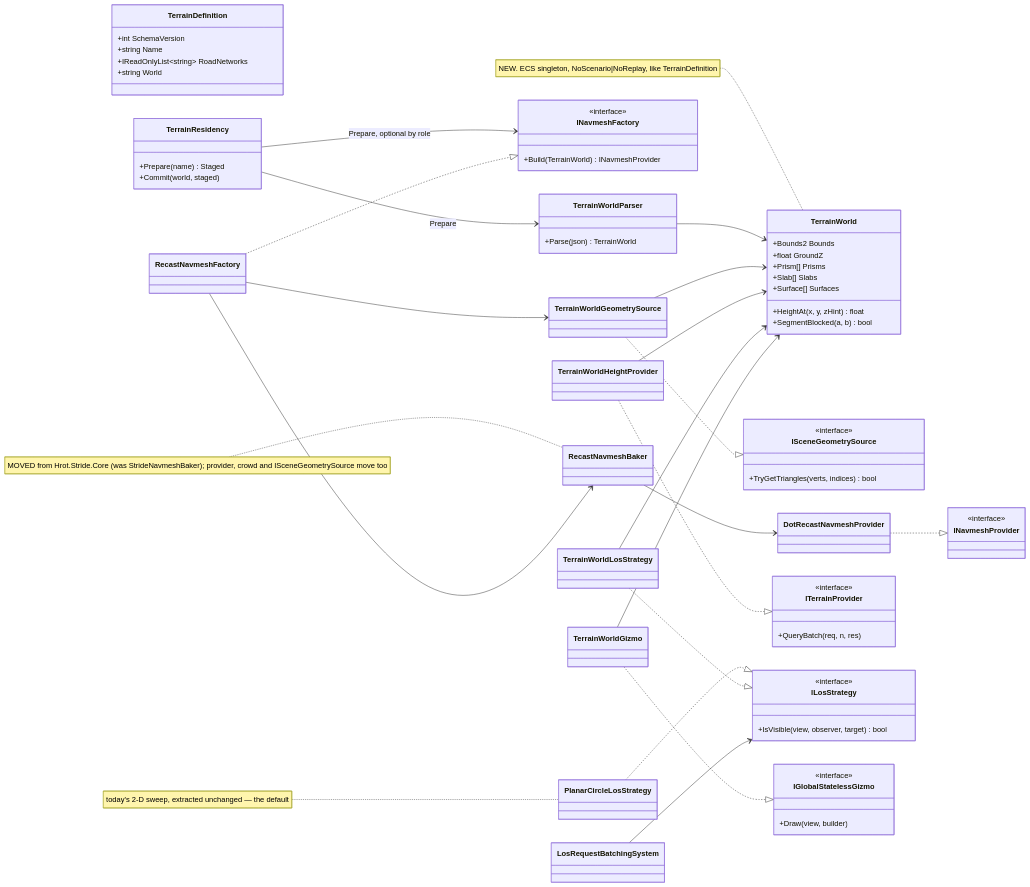
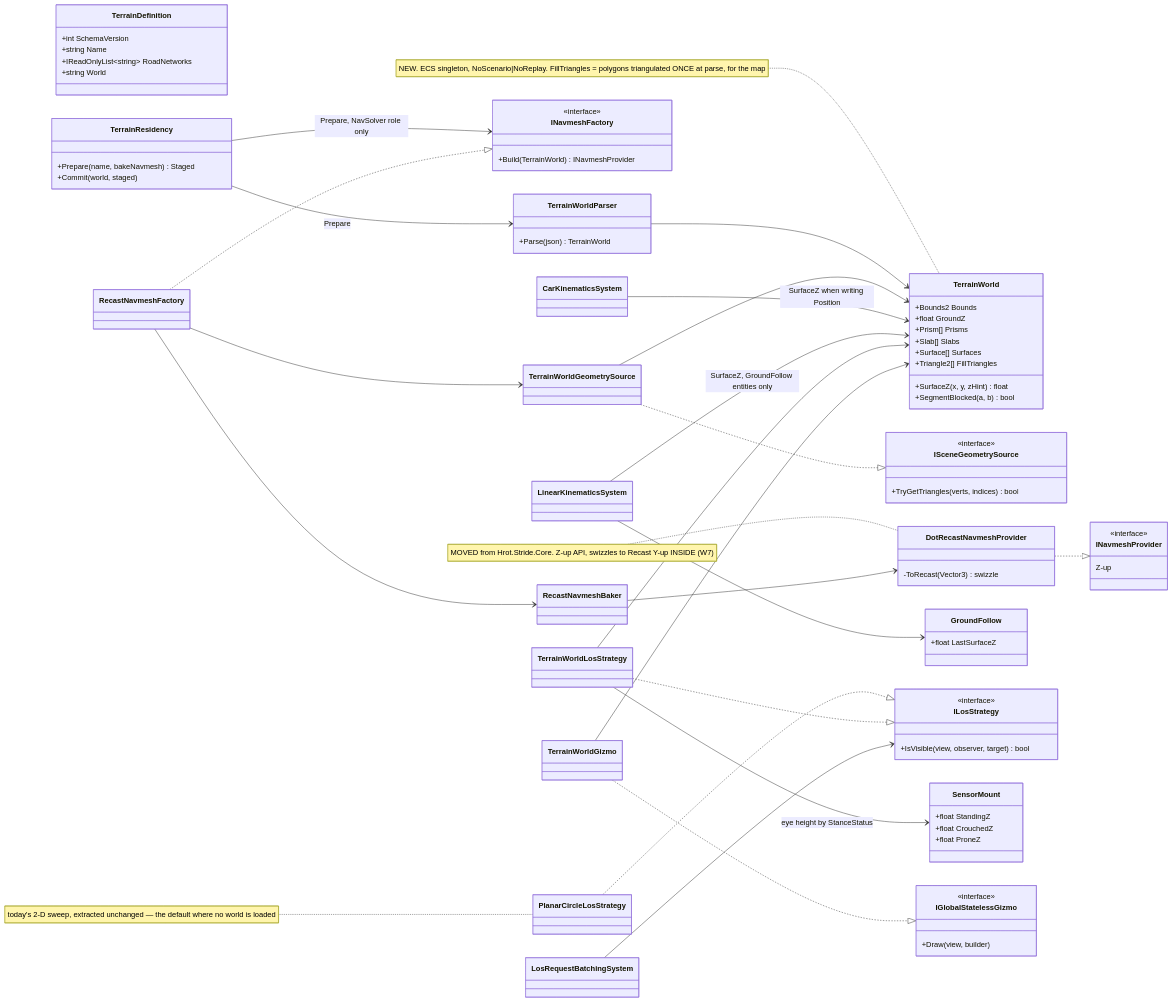
The first of 5 diagrams in docs/DESIGN_Terrain_World.md (pjanec/HROT), drawn with Mermaid before and after one commit. The commit also changed other lines of this file and 3 other files, not shown here.

First line of the commit message:
DESIGN_Terrain_World: fold the user's W rulings (R-182) — CGF=editor load+draw the world, filled triangles, posture eye height, Z-up nav APIs, movement model sets Z; CE-3013 (live route axis swap), CE-3014 filed

````diff
--- a/docs/DESIGN_Terrain_World.md
+++ b/docs/DESIGN_Terrain_World.md
@@ -90,14 +95,15 @@
     +Prism[] Prisms
     +Slab[] Slabs
     +Surface[] Surfaces
-    +HeightAt(x, y, zHint) float
+    +Triangle2[] FillTriangles
+    +SurfaceZ(x, y, zHint) float
     +SegmentBlocked(a, b) bool
   }
   class TerrainWorldParser {
     +Parse(json) TerrainWorld
   }
   class TerrainResidency {
-    +Prepare(name) Staged
+    +Prepare(name, bakeNavmesh) Staged
     +Commit(world, staged)
   }
   class INavmeshFactory {
@@ -111,14 +117,17 @@
     +TryGetTriangles(verts, indices) bool
   }
   class RecastNavmeshBaker
-  class DotRecastNavmeshProvider
+  class DotRecastNavmeshProvider {
+    -ToRecast(Vector3) swizzle
+  }
   class INavmeshProvider {
     <<interface>>
+    Z-up
   }
-  class TerrainWorldHeightProvider
-  class ITerrainProvider {
-    <<interface>>
-    +QueryBatch(req, n, res)
+  class CarKinematicsSystem
+  class LinearKinematicsSystem
+  class GroundFollow {
+    +float LastSurfaceZ
   }
   class ILosStrategy {
     <<interface>>
@@ -126,6 +135,11 @@
   }
   class PlanarCircleLosStrategy
   class TerrainWorldLosStrategy
+  class SensorMount {
+    +float StandingZ
+    +float CrouchedZ
+    +float ProneZ
+  }
   class LosRequestBatchingSystem
   class TerrainWorldGizmo
   class IGlobalStatelessGizmo {
@@ -133,7 +147,7 @@
     +Draw(view, builder)
   }
   TerrainResidency --> TerrainWorldParser : Prepare
-  TerrainResidency --> INavmeshFactory : Prepare, optional by role
+  TerrainResidency --> INavmeshFactory : Prepare, NavSolver role only
   TerrainWorldParser --> TerrainWorld
   RecastNavmeshFactory ..|> INavmeshFactory
   RecastNavmeshFactory --> TerrainWorldGeometrySource
@@ -142,15 +156,17 @@
   TerrainWorldGeometrySource --> TerrainWorld
   DotRecastNavmeshProvider ..|> INavmeshProvider
   RecastNavmeshBaker --> DotRecastNavmeshProvider
-  TerrainWorldHeightProvider ..|> ITerrainProvider
-  TerrainWorldHeightProvider --> TerrainWorld
+  CarKinematicsSystem --> TerrainWorld : SurfaceZ when writing Position
+  LinearKinematicsSystem --> TerrainWorld : SurfaceZ, GroundFollow entities only
+  LinearKinematicsSystem --> GroundFollow
   PlanarCircleLosStrategy ..|> ILosStrategy
   TerrainWorldLosStrategy ..|> ILosStrategy
   TerrainWorldLosStrategy --> TerrainWorld
+  TerrainWorldLosStrategy --> SensorMount : eye height by StanceStatus
   LosRequestBatchingSystem --> ILosStrategy
   TerrainWorldGizmo ..|> IGlobalStatelessGizmo
   TerrainWorldGizmo --> TerrainWorld
-  note for TerrainWorld "NEW. ECS singleton, NoScenario|NoReplay, like TerrainDefinition"
-  note for RecastNavmeshBaker "MOVED from Hrot.Stride.Core (was StrideNavmeshBaker); provider, crowd and ISceneGeometrySource move too"
-  note for PlanarCircleLosStrategy "today's 2-D sweep, extracted unchanged — the default"
+  note for TerrainWorld "NEW. ECS singleton, NoScenario|NoReplay. FillTriangles = polygons triangulated ONCE at parse, for the map"
+  note for DotRecastNavmeshProvider "MOVED from Hrot.Stride.Core. Z-up API, swizzles to Recast Y-up INSIDE (W7)"
+  note for PlanarCircleLosStrategy "today's 2-D sweep, extracted unchanged — the default where no world is loaded"
 ```
````
